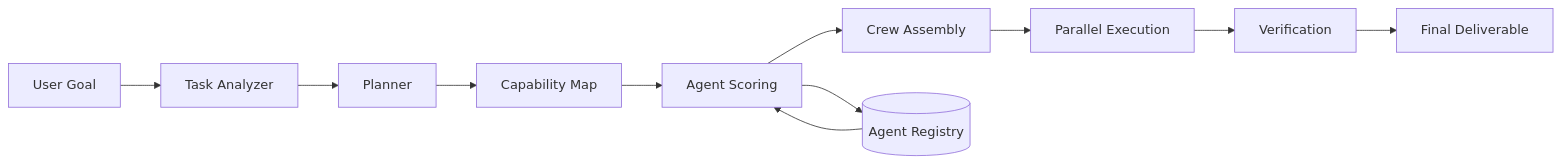
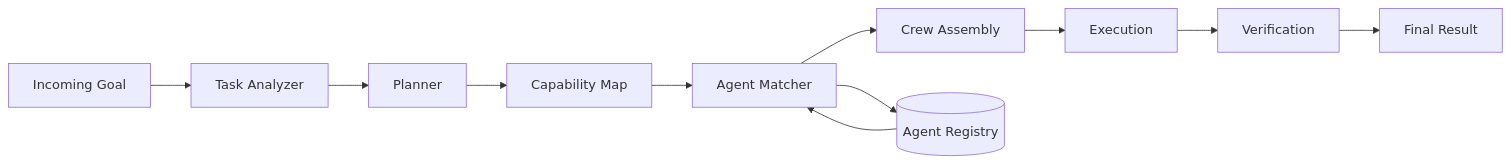
The diagram in README.md (0xRickerX/multi-agent-controller), drawn with Mermaid before and after one commit. The commit also changed other lines of this file, not shown here.

````diff
--- a/README.md
+++ b/README.md
@@ -81,14 +60,14 @@
 ```mermaid
 flowchart LR
-    A[User Goal] --> B[Task Analyzer]
+    A[Incoming Goal] --> B[Task Analyzer]
     B --> C[Planner]
     C --> D[Capability Map]
-    D --> E[Agent Scoring]
+    D --> E[Agent Matcher]
     E --> F[Crew Assembly]
-    F --> G[Parallel Execution]
+    F --> G[Execution]
     G --> H[Verification]
-    H --> I[Final Deliverable]
+    H --> I[Final Result]
 
     E --> J[(Agent Registry)]
     J --> E
 ```
````
